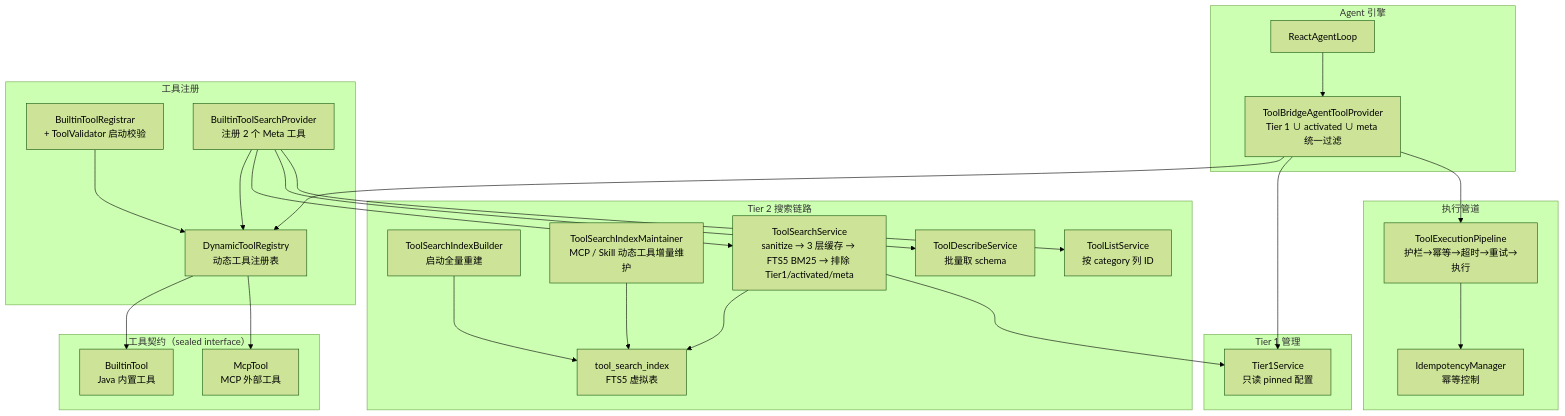
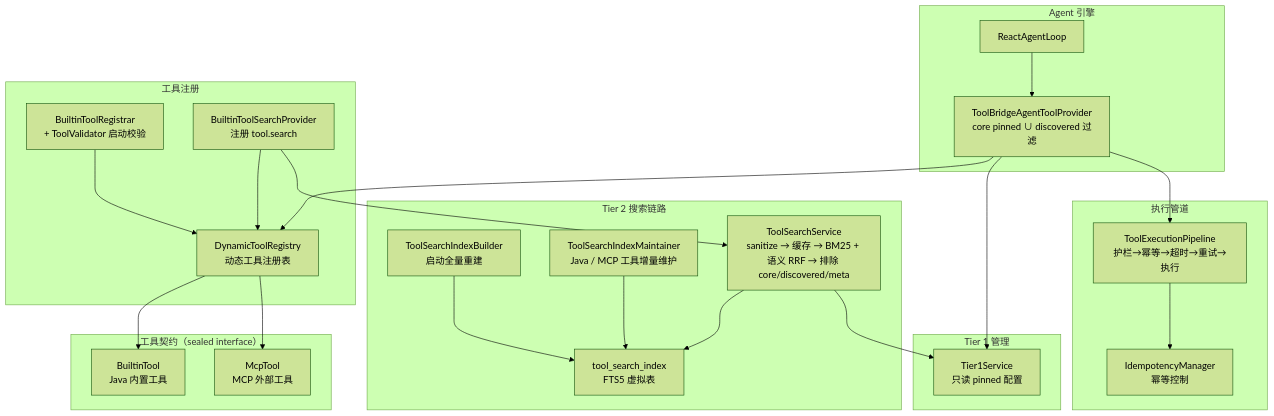
Before and after one commit to ntygod/LifePilot: the first of 3 diagrams in docs/architecture/tool-ecosystem.md, drawn with Mermaid (forest theme). The commit also changed other lines of this file and 385 other files, not shown here.

````diff
--- a/docs/architecture/tool-ecosystem.md
+++ b/docs/architecture/tool-ecosystem.md
@@ -26,52 +26,48 @@
 ```mermaid
 graph TB
     subgraph "Agent 引擎"
         AGENT["ReactAgentLoop"]
-        BRIDGE["ToolBridgeAgentToolProvider<br/>Tier 1 ∪ activated ∪ meta 统一过滤"]
+        BRIDGE["ToolBridgeAgentToolProvider<br/>core pinned ∪ discovered 过滤"]
     end
 
     subgraph "工具注册"
         REG["DynamicToolRegistry<br/>动态工具注册表"]
         BUILTIN_REG["BuiltinToolRegistrar<br/>+ ToolValidator 启动校验"]
-        META_REG["BuiltinToolSearchProvider<br/>注册 2 个 Meta 工具"]
+        META_REG["BuiltinToolSearchProvider<br/>注册 tool.search"]
     end
 
     subgraph "工具契约（sealed interface）"
         BUILTIN["BuiltinTool<br/>Java 内置工具"]
         MCP_TOOL["McpTool<br/>MCP 外部工具"]
     end
 
     subgraph "Tier 1 管理"
         TIER1_SVC["Tier1Service<br/>只读 pinned 配置"]
     end
 
     subgraph "Tier 2 搜索链路"
         INDEX_BUILD["ToolSearchIndexBuilder<br/>启动全量重建"]
-        INDEX_MAINT["ToolSearchIndexMaintainer<br/>MCP / Skill 动态工具增量维护"]
-        SEARCH_SVC["ToolSearchService<br/>sanitize → 3 层缓存 → FTS5 BM25 → 排除 Tier1/activated/meta"]
-        DESCRIBE_SVC["ToolDescribeService<br/>批量取 schema"]
-        LIST_SVC["ToolListService<br/>按 category 列 ID"]
+        INDEX_MAINT["ToolSearchIndexMaintainer<br/>Java / MCP 工具增量维护"]
+        SEARCH_SVC["ToolSearchService<br/>sanitize → 缓存 → BM25 + 语义 RRF → 排除 core/discovered/meta"]
         FTS["tool_search_index<br/>FTS5 虚拟表"]
     end
 
     subgraph "执行管道"
         PIPE["ToolExecutionPipeline<br/>护栏→幂等→超时→重试→执行"]
         IDEM["IdempotencyManager<br/>幂等控制"]
     end
 
     AGENT --> BRIDGE --> REG
     BRIDGE --> TIER1_SVC
     BUILTIN_REG --> REG
     META_REG --> REG
     REG --> BUILTIN
     REG --> MCP_TOOL
     BRIDGE --> PIPE
     PIPE --> IDEM
     INDEX_BUILD --> FTS
     INDEX_MAINT --> FTS
     SEARCH_SVC --> FTS
     SEARCH_SVC --> TIER1_SVC
     META_REG --> SEARCH_SVC
-    META_REG --> DESCRIBE_SVC
-    META_REG --> LIST_SVC
 ```
````
